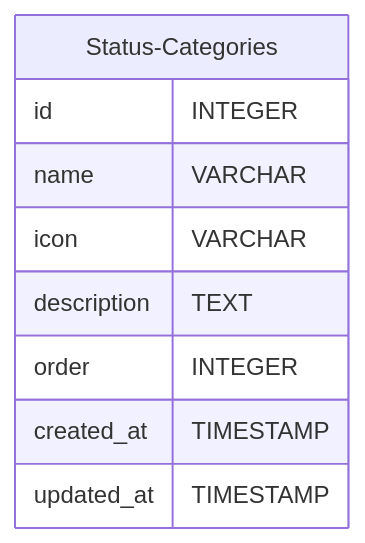
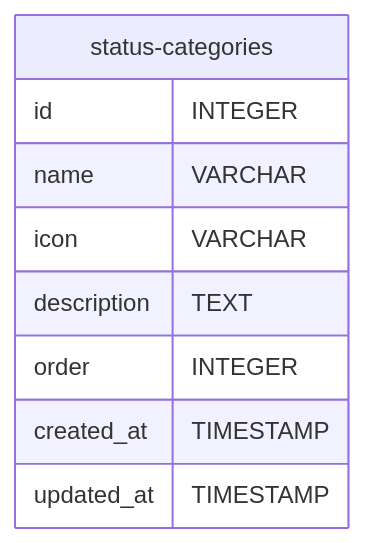
Diagram 19 of 41 in infrastructure/db-schema.mdx (codeitlikemiley/arta-ecms-docs), drawn with Mermaid before and after one commit. The commit also changed other lines of this file and 34 other files, not shown here.

````diff
--- a/infrastructure/db-schema.mdx
+++ b/infrastructure/db-schema.mdx
@@ -440,12 +762,12 @@
-```mermaid
-erDiagram
-Status-Categories {
-        id INTEGER
-        name VARCHAR
-        icon VARCHAR
-        description TEXT
-        order INTEGER
-        created_at TIMESTAMP
-        updated_at TIMESTAMP
-    }
-```
+      ```mermaid
+      erDiagram
+          status-categories {
+              id INTEGER
+              name VARCHAR
+              icon VARCHAR
+              description TEXT
+              order INTEGER
+              created_at TIMESTAMP
+              updated_at TIMESTAMP
+          }
+      ```
````
